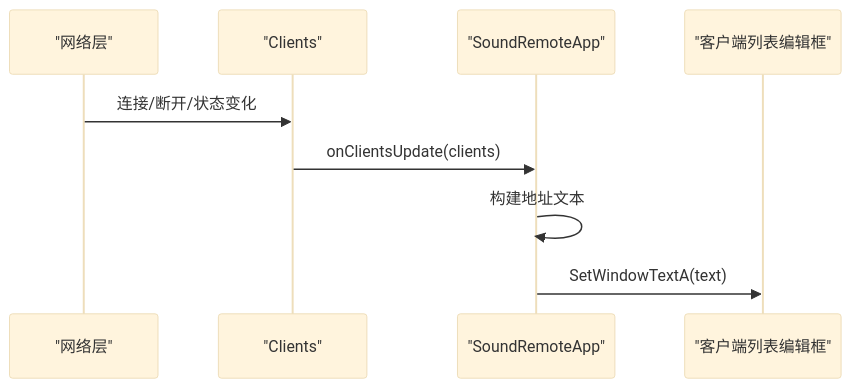
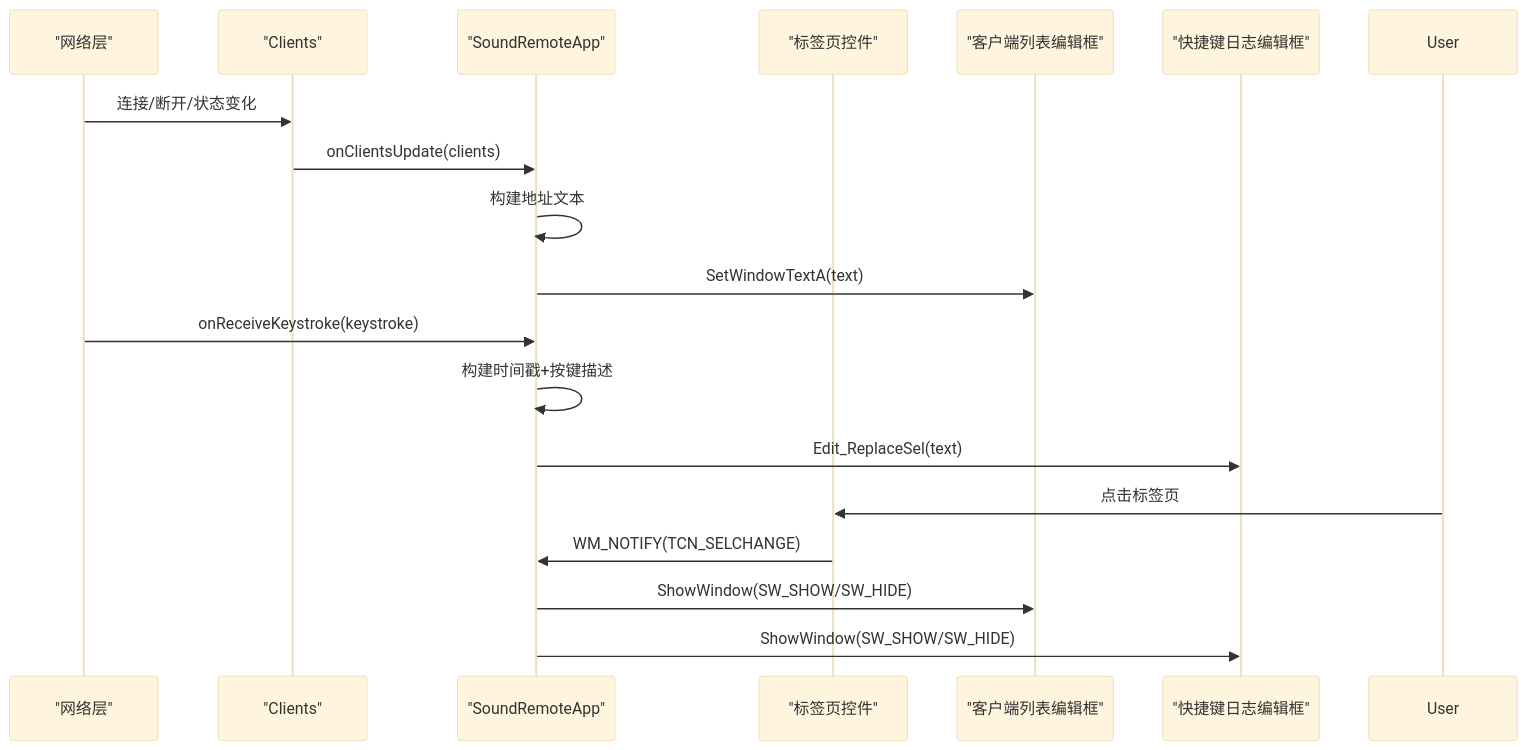
One commit to tea4go/SoundRemote-WinServer changed the ninth of 12 diagrams in .qoder/repowiki/zh/content/用户界面.md. Above: the diagram before and after it, drawn with Mermaid (base theme). The commit also changed other lines of this file and 10 other files, not shown here.

````diff
--- a/.qoder/repowiki/zh/content/用户界面.md
+++ b/.qoder/repowiki/zh/content/用户界面.md
@@ -349,11 +438,20 @@
 ```mermaid
 sequenceDiagram
 participant Net as "网络层"
 participant Clients as "Clients"
 participant App as "SoundRemoteApp"
-participant UI as "客户端列表编辑框"
+participant TabCtrl as "标签页控件"
+participant ClientEdit as "客户端列表编辑框"
+participant KeystrokeEdit as "快捷键日志编辑框"
 Net->>Clients : 连接/断开/状态变化
 Clients->>App : onClientsUpdate(clients)
 App->>App : 构建地址文本
-App->>UI : SetWindowTextA(text)
+App->>ClientEdit : SetWindowTextA(text)
+Net->>App : onReceiveKeystroke(keystroke)
+App->>App : 构建时间戳+按键描述
+App->>KeystrokeEdit : Edit_ReplaceSel(text)
+User->>TabCtrl : 点击标签页
+TabCtrl->>App : WM_NOTIFY(TCN_SELCHANGE)
+App->>ClientEdit : ShowWindow(SW_SHOW/SW_HIDE)
+App->>KeystrokeEdit : ShowWindow(SW_SHOW/SW_HIDE)
 ```
````
